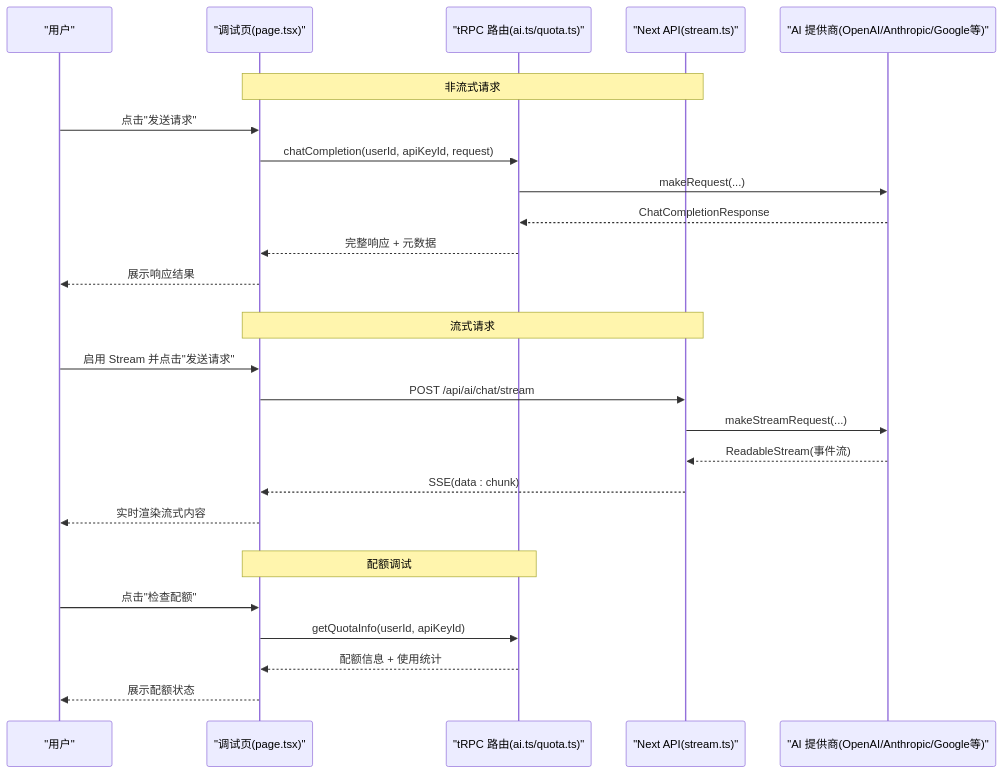
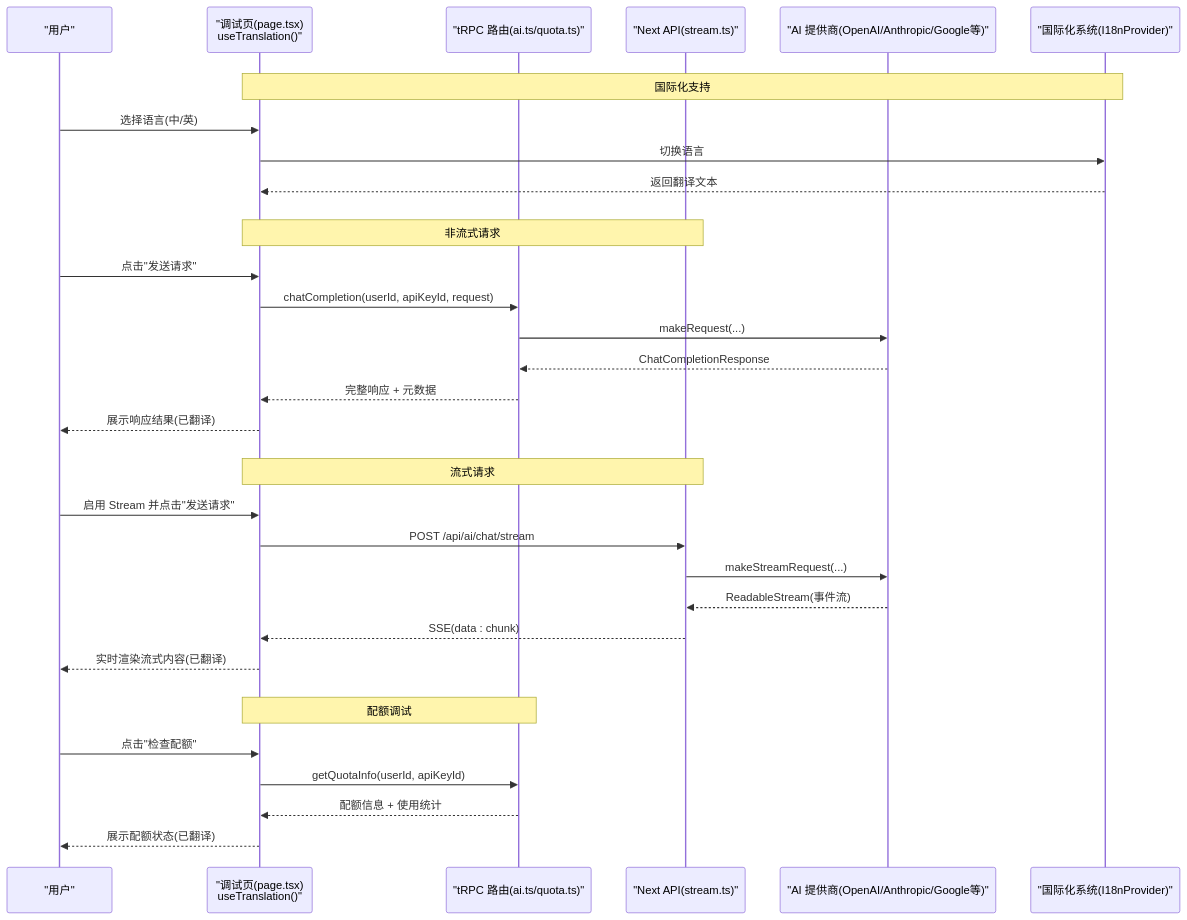
The second of 9 diagrams in .qoder/repowiki/zh/content/管理后台界面/接口调试工具.md (RadiumAg/AIGate), drawn with Mermaid before and after one commit. The commit also changed other lines of this file and 4 other files, not shown here.

````diff
--- a/.qoder/repowiki/zh/content/管理后台界面/接口调试工具.md
+++ b/.qoder/repowiki/zh/content/管理后台界面/接口调试工具.md
@@ -161,33 +191,40 @@
 ```mermaid
 sequenceDiagram
 participant U as "用户"
-participant P as "调试页(page.tsx)"
+participant P as "调试页(page.tsx)<br/>useTranslation()"
 participant T as "tRPC 路由(ai.ts/quota.ts)"
 participant S as "Next API(stream.ts)"
 participant Prov as "AI 提供商(OpenAI/Anthropic/Google等)"
+participant I18n as "国际化系统(I18nProvider)"
+rect rgb(255,255,255)
+Note over P,I18n : 国际化支持
+U->>P : 选择语言(中/英)
+P->>I18n : 切换语言
+I18n-->>P : 返回翻译文本
+end
 rect rgb(255,255,255)
 Note over P,S : 非流式请求
 U->>P : 点击"发送请求"
 P->>T : chatCompletion(userId, apiKeyId, request)
 T->>Prov : makeRequest(...)
 Prov-->>T : ChatCompletionResponse
 T-->>P : 完整响应 + 元数据
-P-->>U : 展示响应结果
+P-->>U : 展示响应结果(已翻译)
 end
 rect rgb(255,255,255)
 Note over P,S : 流式请求
 U->>P : 启用 Stream 并点击"发送请求"
 P->>S : POST /api/ai/chat/stream
 S->>Prov : makeStreamRequest(...)
 Prov-->>S : ReadableStream(事件流)
 S-->>P : SSE(data : chunk)
-P-->>U : 实时渲染流式内容
+P-->>U : 实时渲染流式内容(已翻译)
 end
 rect rgb(255,255,255)
 Note over P,T : 配额调试
 U->>P : 点击"检查配额"
 P->>T : getQuotaInfo(userId, apiKeyId)
 T-->>P : 配额信息 + 使用统计
-P-->>U : 展示配额状态
+P-->>U : 展示配额状态(已翻译)
 end
 ```
````
